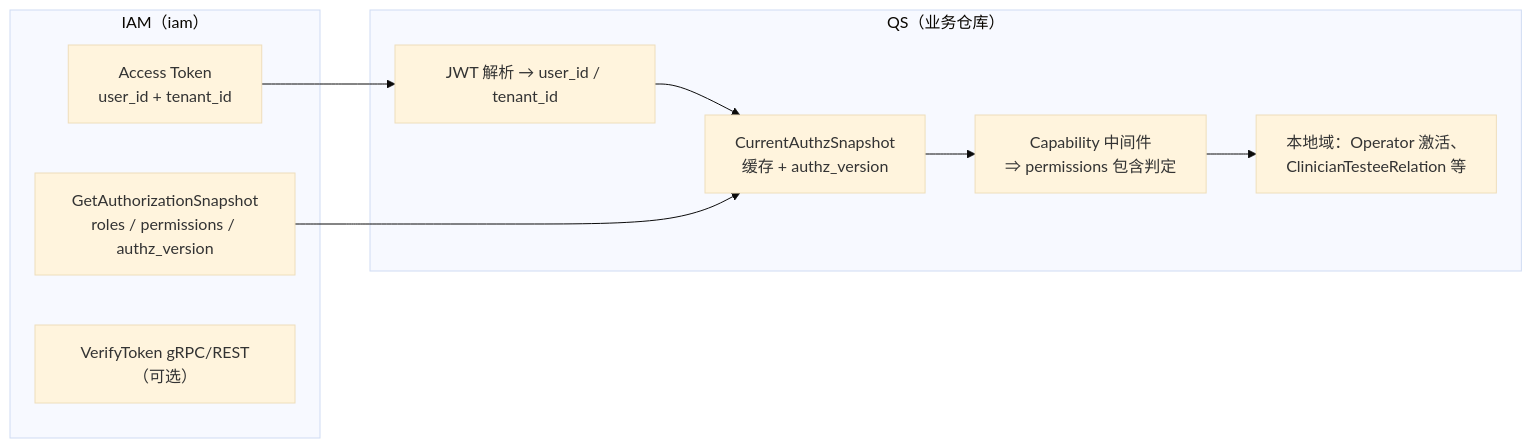
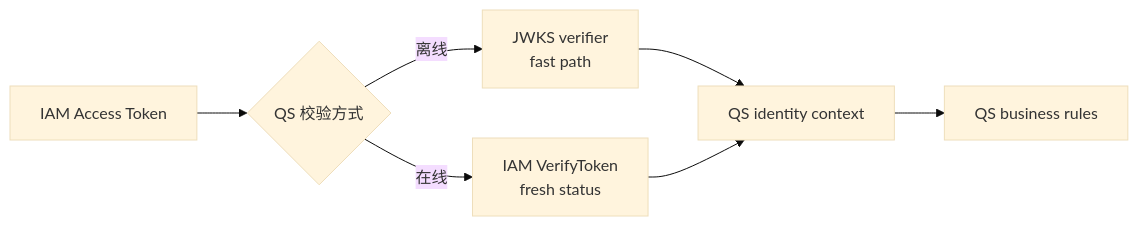
One commit to FangcunMount/iam changed the first of 2 diagrams in docs/03-接口与集成/06-IAM-QS竖切边界-Token与授权快照.md. Above: the diagram before and after it, drawn with Mermaid (base theme). The commit also changed other lines of this file and 61 other files, not shown here.

````diff
--- a/docs/03-接口与集成/06-IAM-QS竖切边界-Token与授权快照.md
+++ b/docs/03-接口与集成/06-IAM-QS竖切边界-Token与授权快照.md
@@ -25,19 +22,9 @@
 ```mermaid
 flowchart LR
-  subgraph IAM["IAM（iam）"]
-    JWT["Access Token\nuser_id + tenant_id"]
-    SNAP["GetAuthorizationSnapshot\nroles / permissions / authz_version"]
-    VER["VerifyToken gRPC/REST（可选）"]
-  end
-  subgraph QS["QS（业务仓库）"]
-    CTX["JWT 解析 → user_id / tenant_id"]
-    CAS["CurrentAuthzSnapshot\n缓存 + authz_version"]
-    CAP["Capability 中间件\n⇒ permissions 包含判定"]
-    DOM["本地域：Operator 激活、\nClinicianTesteeRelation 等"]
-  end
-  JWT --> CTX
-  CTX --> CAS
-  SNAP --> CAS
-  CAS --> CAP
-  CAP --> DOM
+    Token["IAM Access Token"] --> Verify{"QS 校验方式"}
+    Verify -- "离线" --> JWKS["JWKS verifier\nfast path"]
+    Verify -- "在线" --> IAMVerify["IAM VerifyToken\nfresh status"]
+    JWKS --> Context["QS identity context"]
+    IAMVerify --> Context
+    Context --> Biz["QS business rules"]
 ```
````
